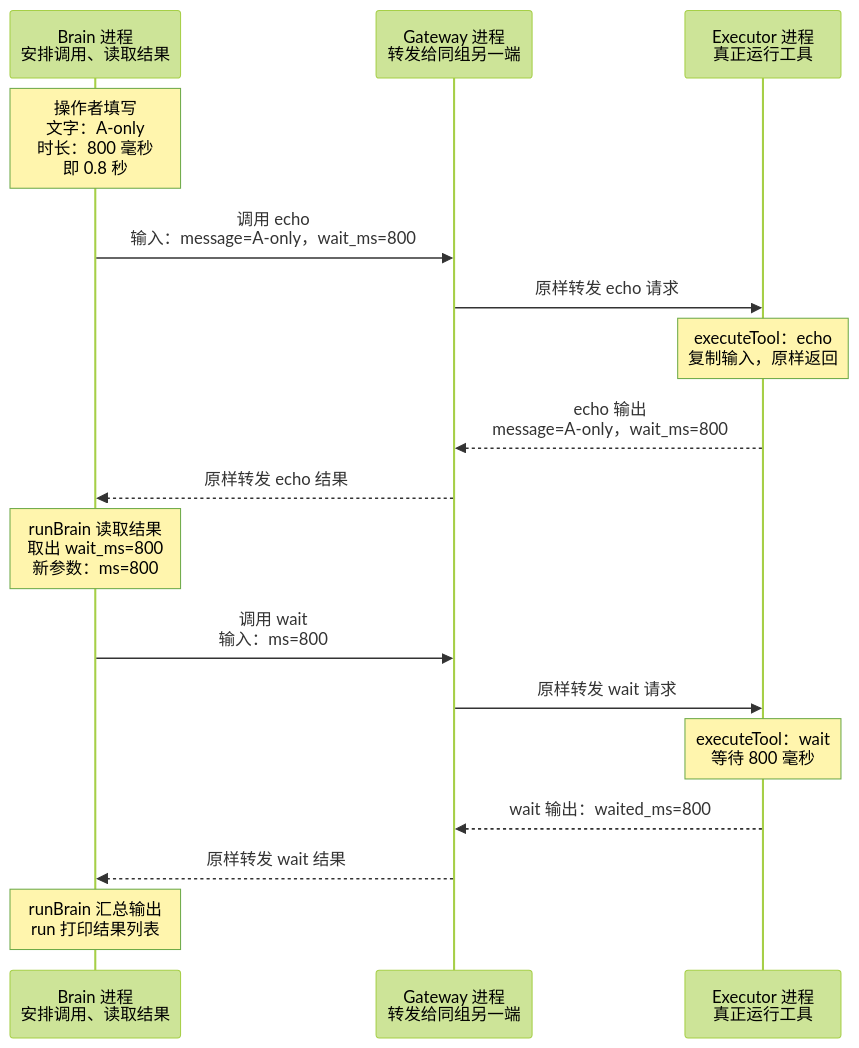
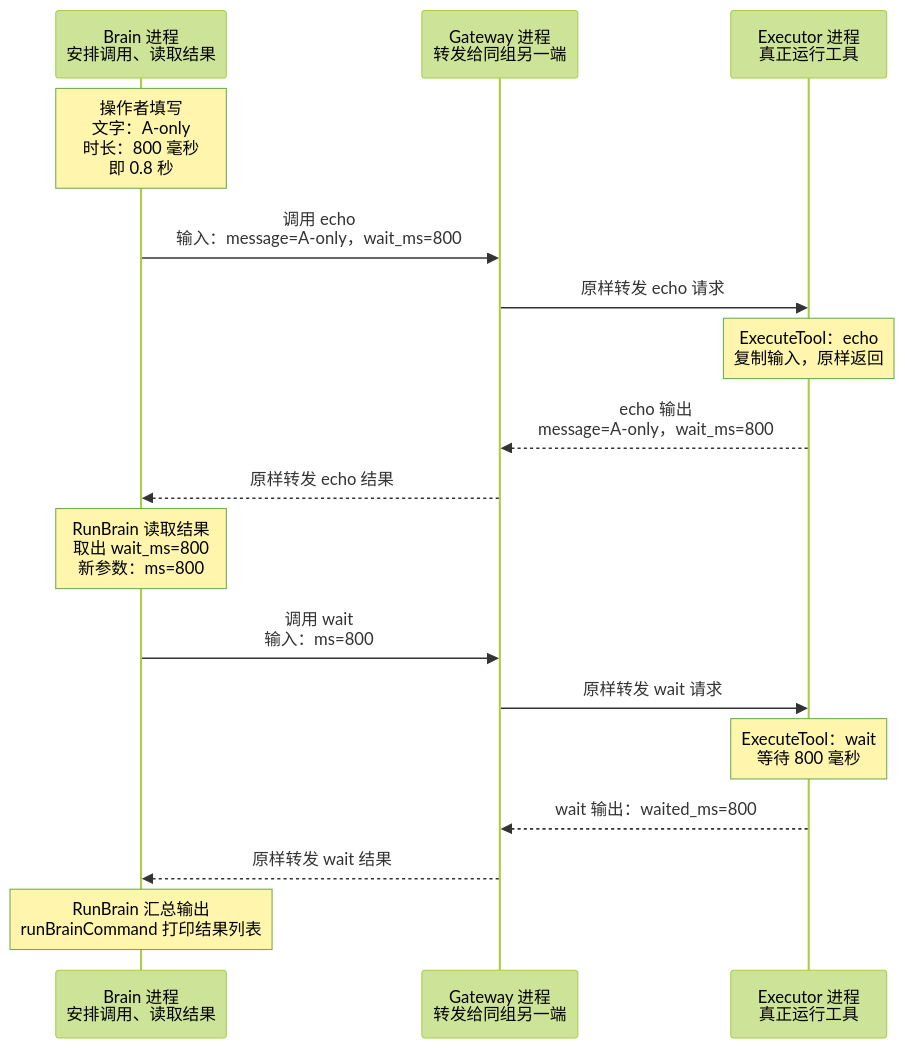
Before and after one commit to shubolab/stream-gateway-lab: the diagram in docs/code_study/diagrams/06-concrete-example.mmd, drawn with Mermaid (forest theme). The commit also changed 45 other files, not shown here.

```diff
--- a/docs/code_study/diagrams/06-concrete-example.mmd
+++ b/docs/code_study/diagrams/06-concrete-example.mmd
@@ -1,17 +1,17 @@
 sequenceDiagram
     participant B as Brain 进程<br/>安排调用、读取结果
     participant G as Gateway 进程<br/>转发给同组另一端
     participant E as Executor 进程<br/>真正运行工具
     Note over B: 操作者填写<br/>文字：A-only<br/>时长：800 毫秒<br/>即 0.8 秒
     B->>G: 调用 echo<br/>输入：message=A-only，wait_ms=800
     G->>E: 原样转发 echo 请求
-    Note over E: executeTool：echo<br/>复制输入，原样返回
+    Note over E: ExecuteTool：echo<br/>复制输入，原样返回
     E-->>G: echo 输出<br/>message=A-only，wait_ms=800
     G-->>B: 原样转发 echo 结果
-    Note over B: runBrain 读取结果<br/>取出 wait_ms=800<br/>新参数：ms=800
+    Note over B: RunBrain 读取结果<br/>取出 wait_ms=800<br/>新参数：ms=800
     B->>G: 调用 wait<br/>输入：ms=800
     G->>E: 原样转发 wait 请求
-    Note over E: executeTool：wait<br/>等待 800 毫秒
+    Note over E: ExecuteTool：wait<br/>等待 800 毫秒
     E-->>G: wait 输出：waited_ms=800
     G-->>B: 原样转发 wait 结果
-    Note over B: runBrain 汇总输出<br/>run 打印结果列表
+    Note over B: RunBrain 汇总输出<br/>runBrainCommand 打印结果列表
```
